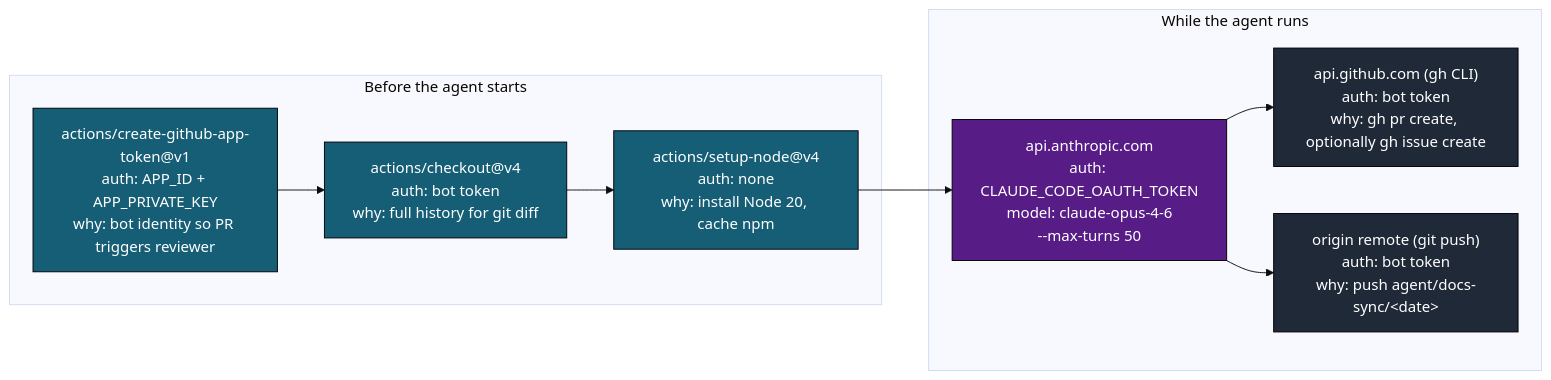
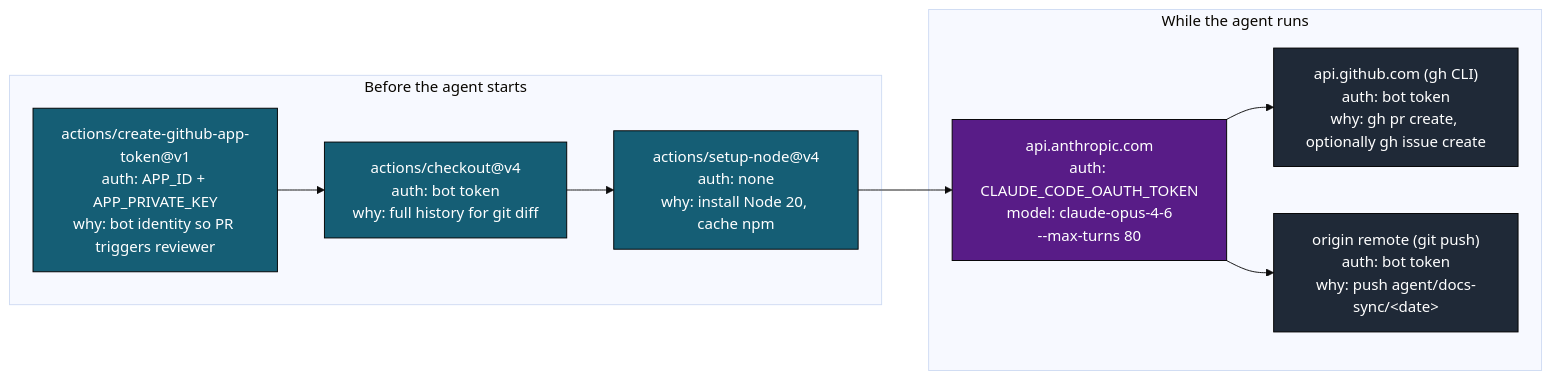
Before and after one commit to gregreindel/llm-exe: diagram 11 of 16 in .github/docs/DOCS_SYNC_DEEP_DIVE.md, drawn with Mermaid (base theme). The commit also changed other lines of this file and 4 other files, not shown here.

````diff
--- a/.github/docs/DOCS_SYNC_DEEP_DIVE.md
+++ b/.github/docs/DOCS_SYNC_DEEP_DIVE.md
@@ -434,21 +430,21 @@
 ```mermaid
 flowchart LR
     classDef pre fill:#155e75,color:#fff,stroke:#000
     classDef llm fill:#581c87,color:#fff,stroke:#000
     classDef gh fill:#1f2937,color:#fff,stroke:#000
 
     subgraph Pre["Before the agent starts"]
         c1["actions/create-github-app-token@v1\nauth: APP_ID + APP_PRIVATE_KEY\nwhy: bot identity so PR triggers reviewer"]:::pre
         c2["actions/checkout@v4\nauth: bot token\nwhy: full history for git diff"]:::pre
         c3["actions/setup-node@v4\nauth: none\nwhy: install Node 20, cache npm"]:::pre
     end
 
     subgraph During["While the agent runs"]
-        d1["api.anthropic.com\nauth: CLAUDE_CODE_OAUTH_TOKEN\nmodel: claude-opus-4-6\n--max-turns 50"]:::llm
+        d1["api.anthropic.com\nauth: CLAUDE_CODE_OAUTH_TOKEN\nmodel: claude-opus-4-6\n--max-turns 80"]:::llm
         d2["api.github.com (gh CLI)\nauth: bot token\nwhy: gh pr create, optionally gh issue create"]:::gh
         d3["origin remote (git push)\nauth: bot token\nwhy: push agent/docs-sync/&lt;date&gt;"]:::gh
     end
 
     c1 --> c2 --> c3 --> d1 --> d2
     d1 --> d3
 ```
````
